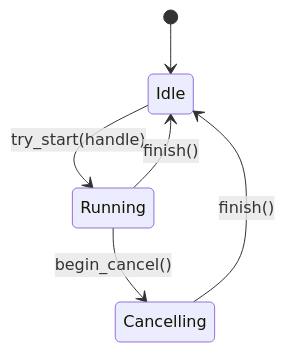
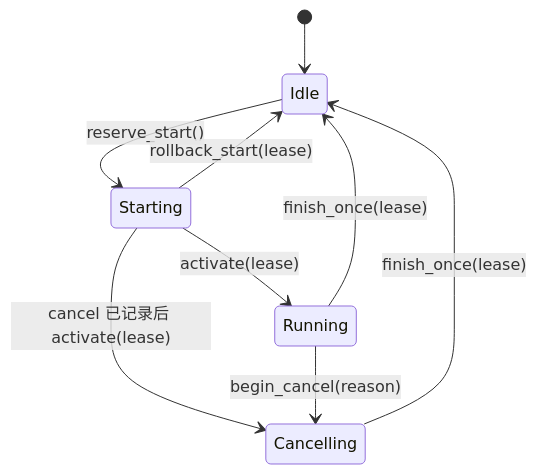
The first of 4 diagrams in docs/07-task-lifecycle.md (youge325/vp), drawn with Mermaid before and after one commit. The commit also changed other lines of this file and 14 other files, not shown here.

````diff
--- a/docs/07-task-lifecycle.md
+++ b/docs/07-task-lifecycle.md
@@ -7,8 +8,11 @@
 ```mermaid
 stateDiagram-v2
     [*] --> Idle
-    Idle --> Running: try_start(handle)
-    Running --> Cancelling: begin_cancel()
-    Running --> Idle: finish()
-    Cancelling --> Idle: finish()
+    Idle --> Starting: reserve_start()
+    Starting --> Running: activate(lease)
+    Starting --> Cancelling: cancel 已记录后 activate(lease)
+    Starting --> Idle: rollback_start(lease)
+    Running --> Cancelling: begin_cancel(reason)
+    Running --> Idle: finish_once(lease)
+    Cancelling --> Idle: finish_once(lease)
 ```
````
